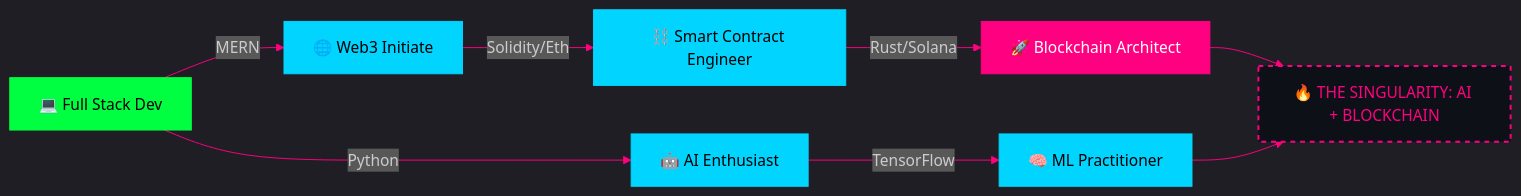
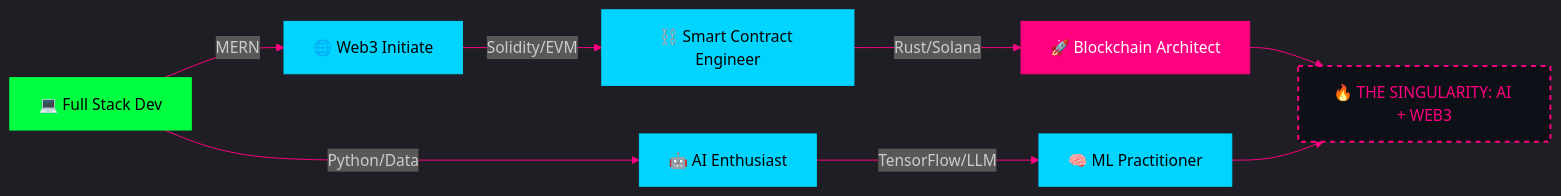
One commit to Srizdebnath/Srizdebnath changed the diagram in README.md. Above: the diagram before and after it, drawn with Mermaid. The commit also changed other lines of this file and 2 other files, not shown here.

````diff
--- a/README.md
+++ b/README.md
@@ -167,18 +148,18 @@
 ```mermaid
 %%{init: {'theme':'dark', 'themeVariables': { 'darkMode':'true', 'primaryColor':'#00ff41', 'primaryTextColor':'#fff', 'primaryBorderColor':'#00ff41', 'lineColor':'#ff0080', 'secondaryColor':'#00d4ff', 'tertiaryColor':'#0d1117'}}}%%
 graph LR
     A[💻 Full Stack Dev] -->|MERN| B[🌐 Web3 Initiate]
-    B -->|Solidity/Eth| C[⛓️ Smart Contract Engineer]
+    B -->|Solidity/EVM| C[⛓️ Smart Contract Engineer]
     C -->|Rust/Solana| D[🚀 Blockchain Architect]
-    A -->|Python| E[🤖 AI Enthusiast]
-    E -->|TensorFlow| F[🧠 ML Practitioner]
-    D & F --> G[🔥 THE SINGULARITY: AI + BLOCKCHAIN]
+    A -->|Python/Data| E[🤖 AI Enthusiast]
+    E -->|TensorFlow/LLM| F[🧠 ML Practitioner]
+    D & F --> G[🔥 THE SINGULARITY: AI + WEB3]
     
     style A fill:#00ff41,stroke:#00ff41,color:#000
     style B fill:#00d4ff,stroke:#00d4ff,color:#000
     style C fill:#00d4ff,stroke:#00d4ff,color:#000
     style D fill:#ff0080,stroke:#ff0080,color:#fff
     style E fill:#00d4ff,stroke:#00d4ff,color:#000
     style F fill:#00d4ff,stroke:#00d4ff,color:#000
     style G fill:#0d1117,stroke:#ff0080,color:#ff0080,stroke-width:2px,stroke-dasharray: 5 5
 ```
````
